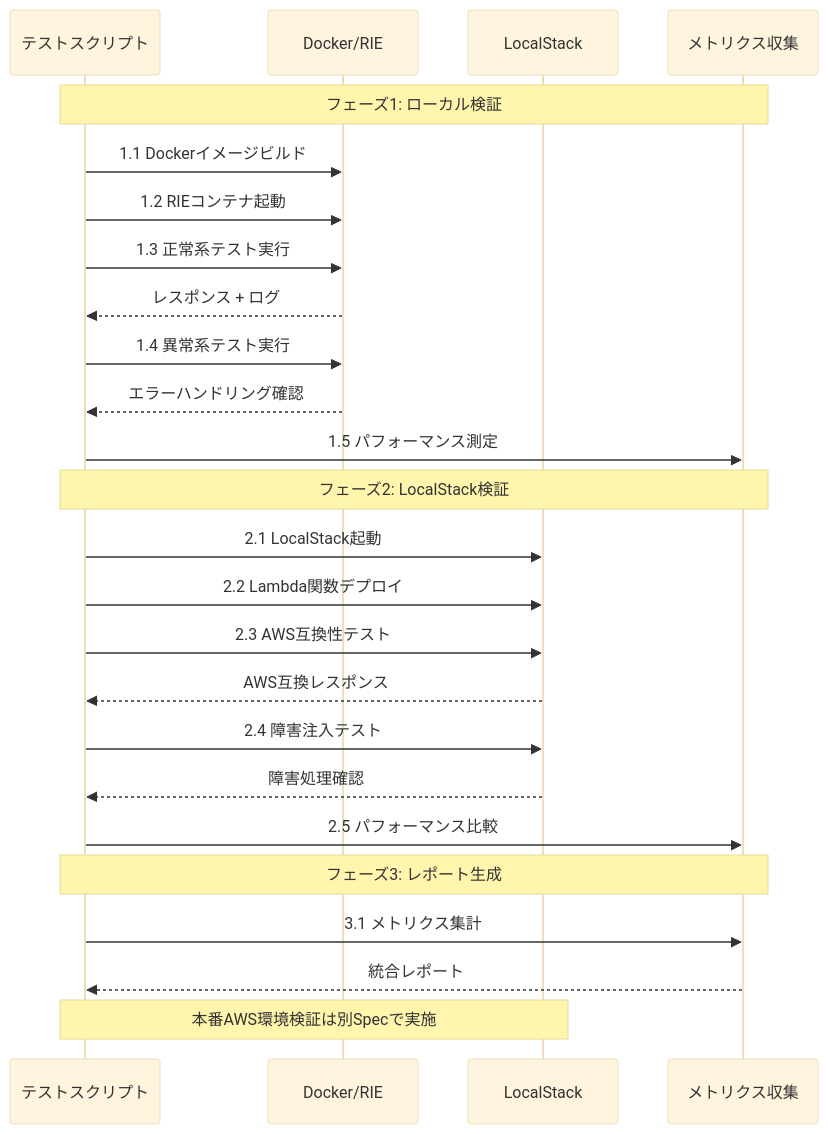
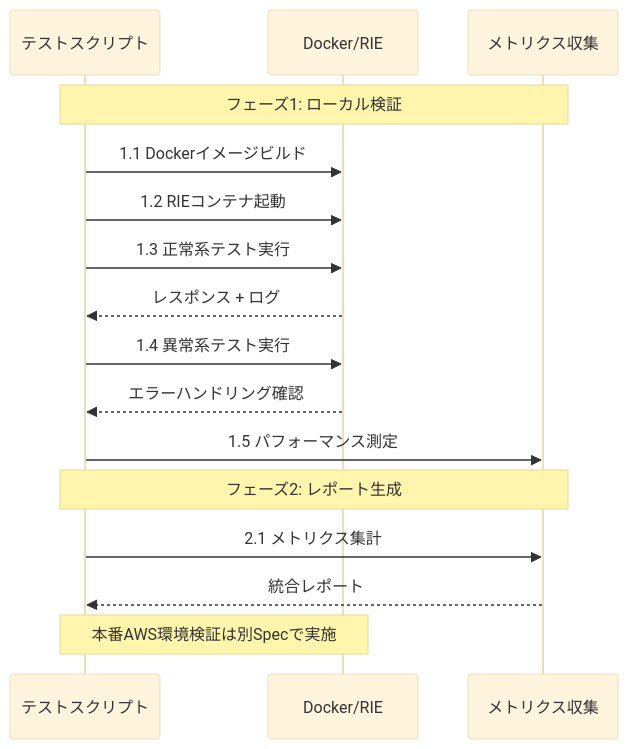
The second of 2 diagrams in .kiro/specs/lambda-verification/design.md (TORIFUKUKaiou/toukon_lambda), drawn with Mermaid (base theme) before and after one commit. The commit also changed other lines of this file and 2 other files, not shown here.

````diff
--- a/.kiro/specs/lambda-verification/design.md
+++ b/.kiro/specs/lambda-verification/design.md
@@ -35,31 +28,21 @@
 ```mermaid
 sequenceDiagram
     participant T as テストスクリプト
     participant D as Docker/RIE
-    participant L as LocalStack
     participant M as メトリクス収集
     
     Note over T,M: フェーズ1: ローカル検証
     T->>D: 1.1 Dockerイメージビルド
     T->>D: 1.2 RIEコンテナ起動
     T->>D: 1.3 正常系テスト実行
     D-->>T: レスポンス + ログ
     T->>D: 1.4 異常系テスト実行
     D-->>T: エラーハンドリング確認
     T->>M: 1.5 パフォーマンス測定
     
-    Note over T,M: フェーズ2: LocalStack検証
-    T->>L: 2.1 LocalStack起動
-    T->>L: 2.2 Lambda関数デプロイ
-    T->>L: 2.3 AWS互換性テスト
-    L-->>T: AWS互換レスポンス
-    T->>L: 2.4 障害注入テスト
-    L-->>T: 障害処理確認
-    T->>M: 2.5 パフォーマンス比較
-    
-    Note over T,M: フェーズ3: レポート生成
-    T->>M: 3.1 メトリクス集計
+    Note over T,M: フェーズ2: レポート生成
+    T->>M: 2.1 メトリクス集計
     M-->>T: 統合レポート
     
-    Note over T,L: 本番AWS環境検証は別Specで実施
+    Note over T,D: 本番AWS環境検証は別Specで実施
 ```
````
